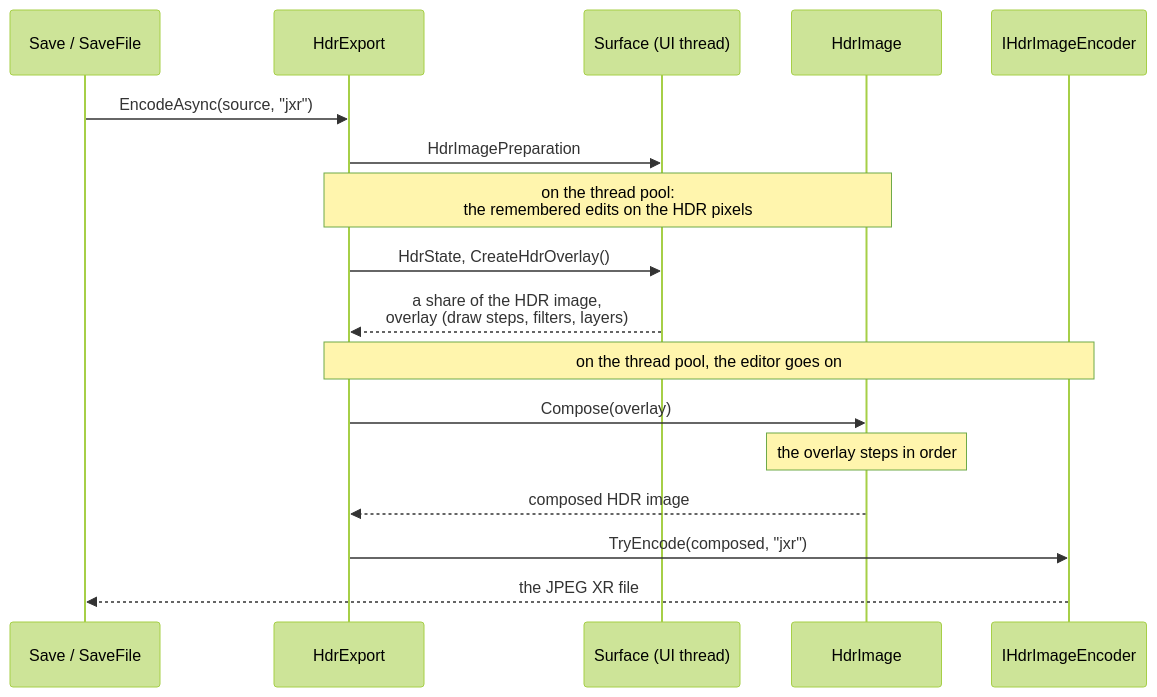
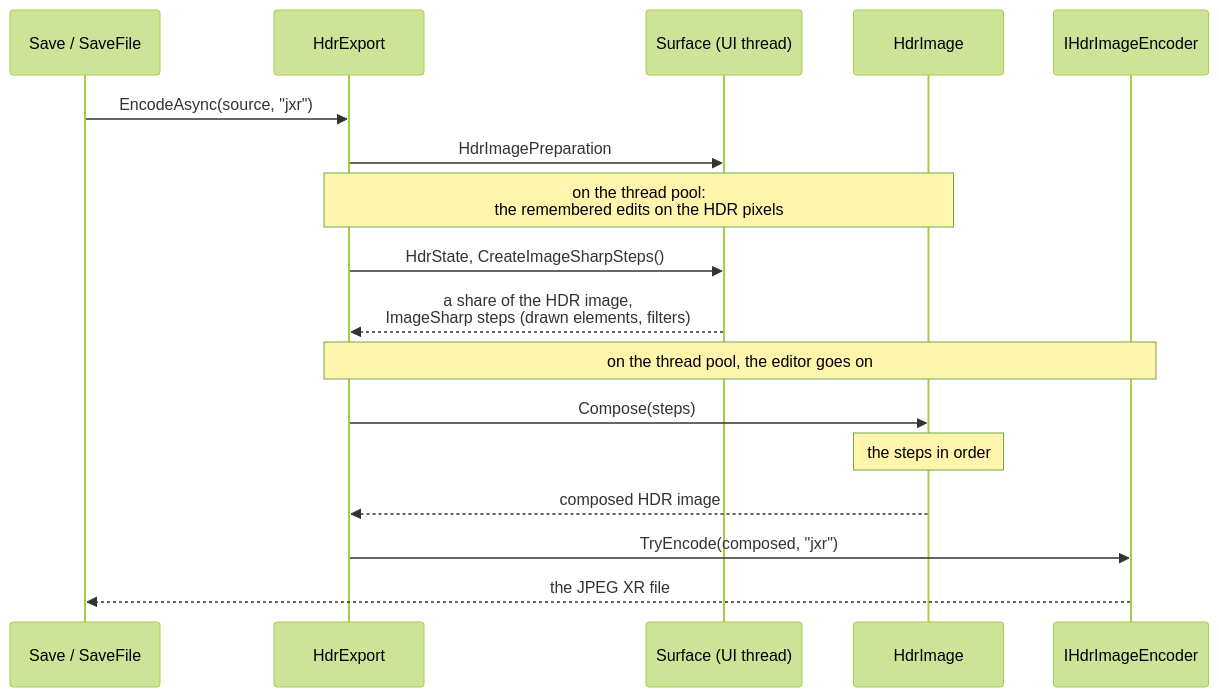
Before and after one commit to greenshot/greenshot: the second of 3 diagrams in docs/vNext/hdr.md, drawn with Mermaid (forest theme). The commit also changed other lines of this file and 13 other files, not shown here.

First line of the commit message:
Replace HdrOverlay by a list of ImageSharpSteps

````diff
--- a/docs/vNext/hdr.md
+++ b/docs/vNext/hdr.md
@@ -144,19 +144,19 @@
 ```mermaid
 sequenceDiagram
     participant Save as Save / SaveFile
     participant Export as HdrExport
     participant Surface as Surface (UI thread)
     participant Hdr as HdrImage
     participant Wic as IHdrImageEncoder
     Save->>Export: EncodeAsync(source, "jxr")
     Export->>Surface: HdrImagePreparation
     Note over Export,Hdr: on the thread pool:<br/>the remembered edits on the HDR pixels
-    Export->>Surface: HdrState, CreateHdrOverlay()
-    Surface-->>Export: a share of the HDR image,<br/>overlay (draw steps, filters, layers)
+    Export->>Surface: HdrState, CreateImageSharpSteps()
+    Surface-->>Export: a share of the HDR image,<br/>ImageSharp steps (drawn elements, filters)
     Note over Export,Wic: on the thread pool, the editor goes on
-    Export->>Hdr: Compose(overlay)
-    Note over Hdr: the overlay steps in order
+    Export->>Hdr: Compose(steps)
+    Note over Hdr: the steps in order
     Hdr-->>Export: composed HDR image
     Export->>Wic: TryEncode(composed, "jxr")
     Wic-->>Save: the JPEG XR file
 ```
````
